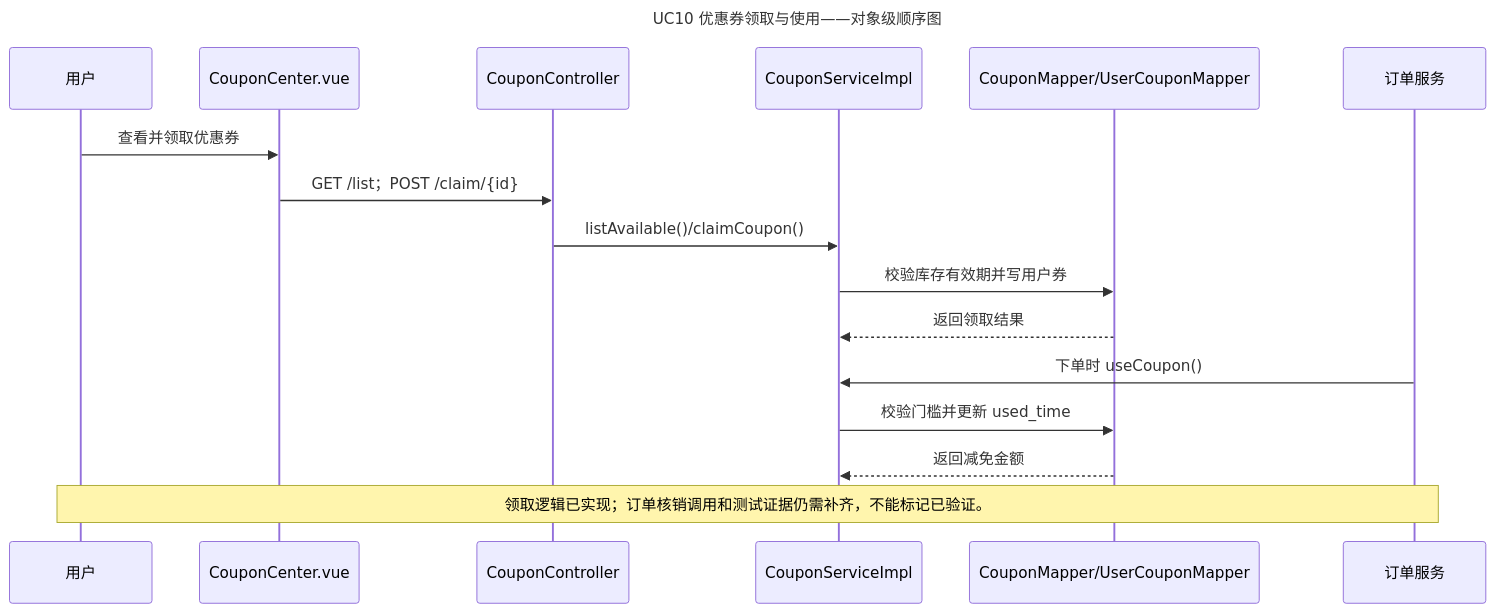
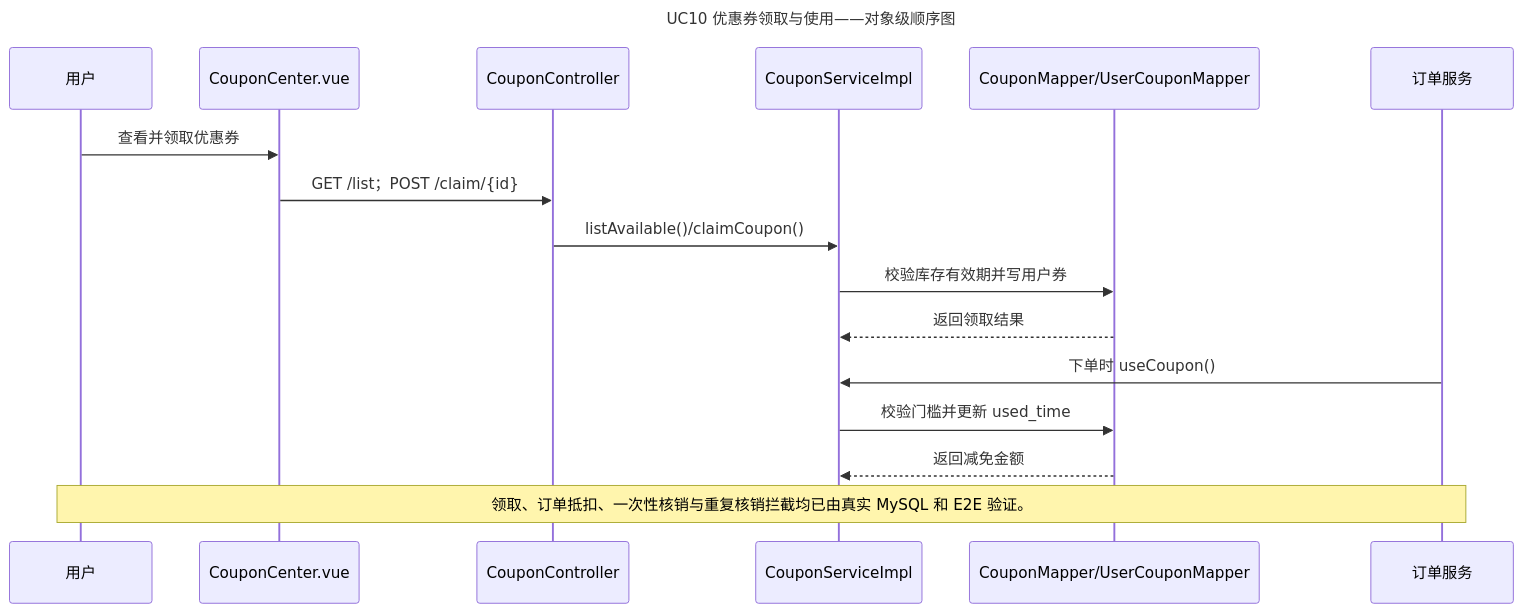
The diagram in 02_docs/详细设计说明/source/45_UC10_优惠券领取与使用对象级顺序图.mmd (Miracle060811/Software_engineering), drawn with Mermaid before and after one commit. The commit also changed 55 other files, not shown here.

Commit message:
docs: 同步最终交付文档与设计图

```diff
--- a/02_docs/详细设计说明/source/45_UC10_优惠券领取与使用对象级顺序图.mmd
+++ b/02_docs/详细设计说明/source/45_UC10_优惠券领取与使用对象级顺序图.mmd
@@ -1,17 +1,17 @@
 sequenceDiagram
     title UC10 优惠券领取与使用——对象级顺序图
     participant P0 as 用户
     participant P1 as CouponCenter.vue
     participant P2 as CouponController
     participant P3 as CouponServiceImpl
     participant P4 as CouponMapper/UserCouponMapper
     participant P5 as 订单服务
     P0->>P1: 查看并领取优惠券
     P1->>P2: GET /list；POST /claim/{id}
     P2->>P3: listAvailable()/claimCoupon()
     P3->>P4: 校验库存有效期并写用户券
     P4-->>P3: 返回领取结果
     P5->>P3: 下单时 useCoupon()
     P3->>P4: 校验门槛并更新 used_time
     P4-->>P3: 返回减免金额
-    Note over P0,P5: 领取逻辑已实现；订单核销调用和测试证据仍需补齐，不能标记已验证。
+    Note over P0,P5: 领取、订单抵扣、一次性核销与重复核销拦截均已由真实 MySQL 和 E2E 验证。
```
